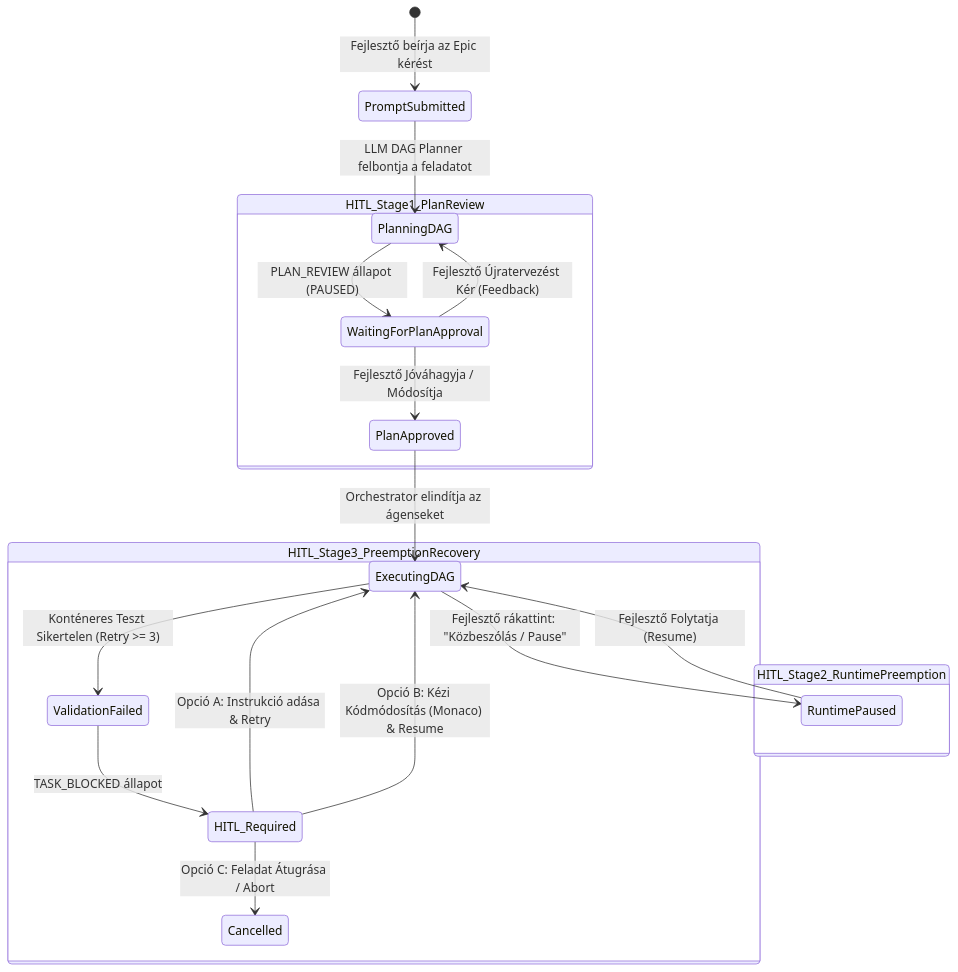
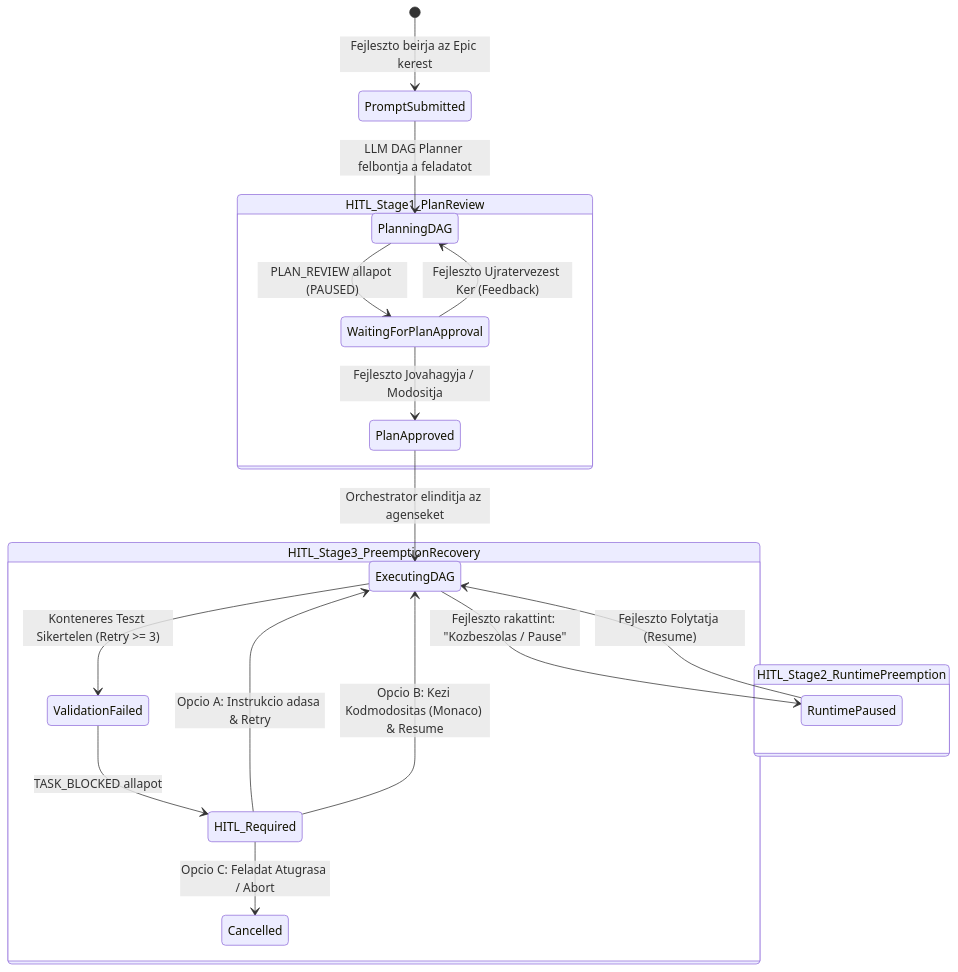
One commit to badzso-boop/ai-os changed the second of 2 diagrams in docs/12_GLASS_BOX_UI_AND_HITL_SPEC.md. Above: the diagram before and after it, drawn with Mermaid. The commit also changed other lines of this file and 21 other files, not shown here.

````diff
--- a/docs/12_GLASS_BOX_UI_AND_HITL_SPEC.md
+++ b/docs/12_GLASS_BOX_UI_AND_HITL_SPEC.md
@@ -36,27 +36,27 @@
 ```mermaid
 stateDiagram-v2
-    [*] --> PromptSubmitted: Fejlesztő beírja az Epic kérést
+    [*] --> PromptSubmitted: Fejleszto beirja az Epic kerest
     PromptSubmitted --> PlanningDAG: LLM DAG Planner felbontja a feladatot
     
     state HITL_Stage1_PlanReview {
-        PlanningDAG --> WaitingForPlanApproval: PLAN_REVIEW állapot (PAUSED)
-        WaitingForPlanApproval --> PlanApproved: Fejlesztő Jóváhagyja / Módosítja
-        WaitingForPlanApproval --> PlanningDAG: Fejlesztő Újratervezést Kér (Feedback)
+        PlanningDAG --> WaitingForPlanApproval: PLAN_REVIEW allapot (PAUSED)
+        WaitingForPlanApproval --> PlanApproved: Fejleszto Jovahagyja / Modositja
+        WaitingForPlanApproval --> PlanningDAG: Fejleszto Ujratervezest Ker (Feedback)
     }
 
-    PlanApproved --> ExecutingDAG: Orchestrator elindítja az ágenseket
+    PlanApproved --> ExecutingDAG: Orchestrator elinditja az agenseket
     
     state HITL_Stage2_RuntimePreemption {
-        ExecutingDAG --> RuntimePaused: Fejlesztő rákattint: "Közbeszólás / Pause"
-        RuntimePaused --> ExecutingDAG: Fejlesztő Folytatja (Resume)
+        ExecutingDAG --> RuntimePaused: Fejleszto rakattint: "Kozbeszolas / Pause"
+        RuntimePaused --> ExecutingDAG: Fejleszto Folytatja (Resume)
     }
 
-    ExecutingDAG --> ValidationFailed: Konténeres Teszt Sikertelen (Retry >= 3)
+    ExecutingDAG --> ValidationFailed: Konteneres Teszt Sikertelen (Retry >= 3)
 
     state HITL_Stage3_PreemptionRecovery {
-        ValidationFailed --> HITL_Required: TASK_BLOCKED állapot
-        HITL_Required --> ExecutingDAG: Opció A: Instrukció adása & Retry
-        HITL_Required --> ExecutingDAG: Opció B: Kézi Kódmódosítás (Monaco) & Resume
-        HITL_Required --> Cancelled: Opció C: Feladat Átugrása / Abort
+        ValidationFailed --> HITL_Required: TASK_BLOCKED allapot
+        HITL_Required --> ExecutingDAG: Opcio A: Instrukcio adasa & Retry
+        HITL_Required --> ExecutingDAG: Opcio B: Kezi Kodmodositas (Monaco) & Resume
+        HITL_Required --> Cancelled: Opcio C: Feladat Atugrasa / Abort
     }
 ```
````
